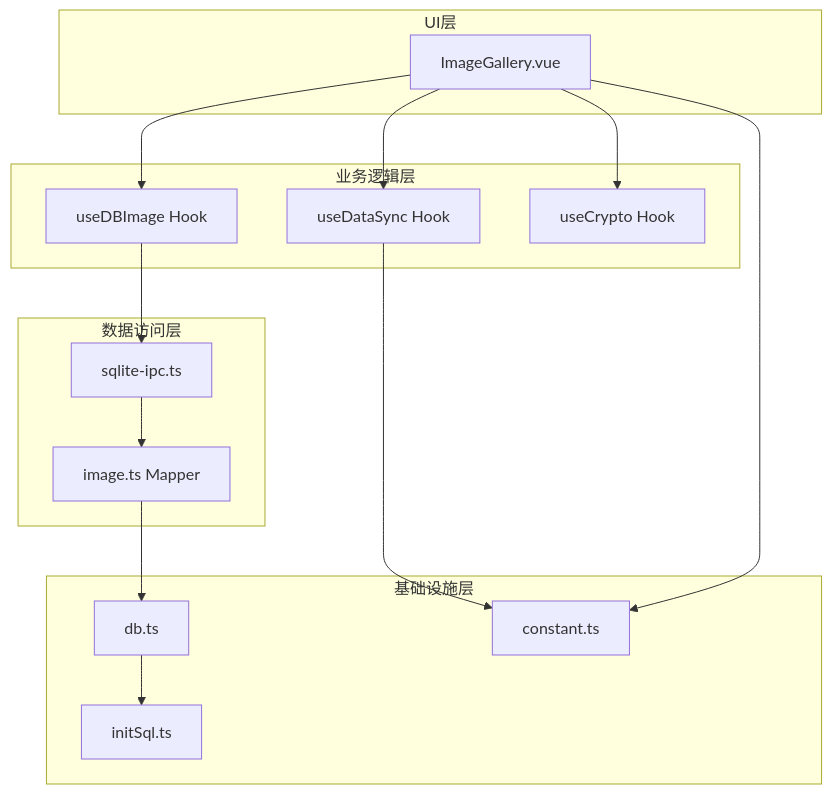
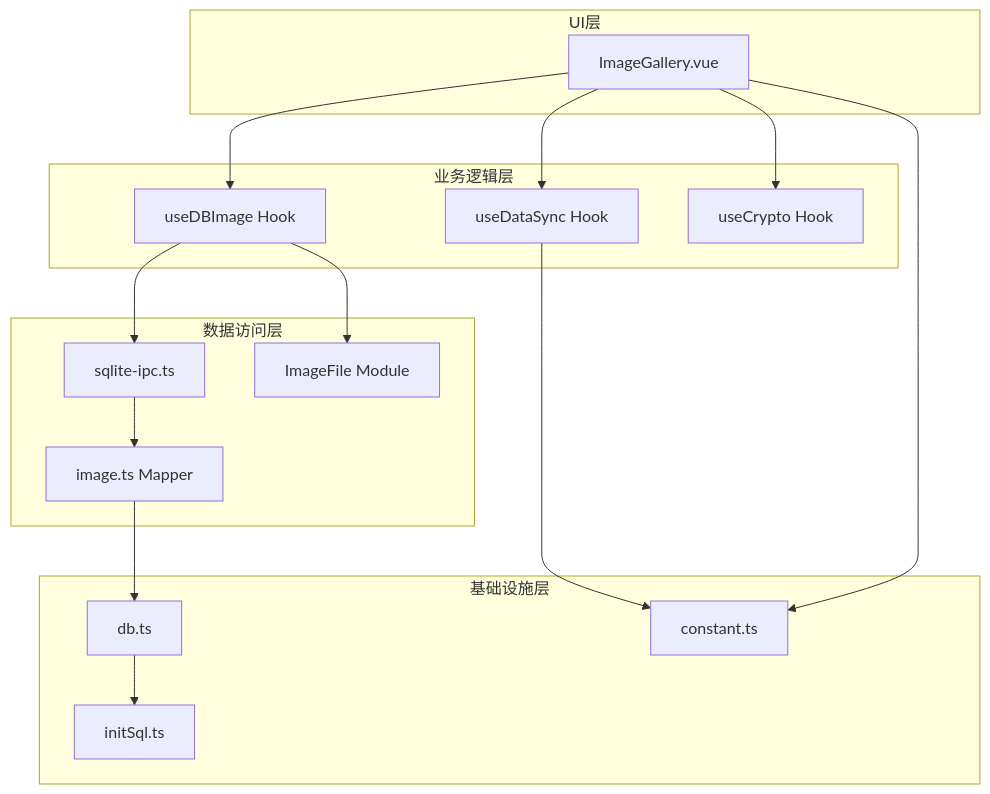
The eighth of 8 diagrams in .qoder/repowiki/zh/content/前端组件系统/密码管理组件/图像画廊组件.md (scgithub3220216/password-manager), drawn with Mermaid before and after one commit. The commit also changed other lines of this file and 23 other files, not shown here.

First line of the commit message:
feat(sync): 完善图像数据同步架构与处理逻辑

````diff
--- a/.qoder/repowiki/zh/content/前端组件系统/密码管理组件/图像画廊组件.md
+++ b/.qoder/repowiki/zh/content/前端组件系统/密码管理组件/图像画廊组件.md
@@ -366,29 +382,31 @@
 ```mermaid
 graph TB
 subgraph "UI层"
 IG[ImageGallery.vue]
 end
 subgraph "业务逻辑层"
 UDI[useDBImage Hook]
 UDS[useDataSync Hook]
 UCI[useCrypto Hook]
 end
 subgraph "数据访问层"
 IPC[sqlite-ipc.ts]
+IMG[ImageFile Module]
 MAP[image.ts Mapper]
 end
 subgraph "基础设施层"
 DB[db.ts]
 INIT[initSql.ts]
 CONST[constant.ts]
 end
 IG --> UDI
 IG --> UDS
 IG --> UCI
 UDI --> IPC
+UDI --> IMG
 IPC --> MAP
 MAP --> DB
 DB --> INIT
 IG --> CONST
 UDS --> CONST
 ```
````
